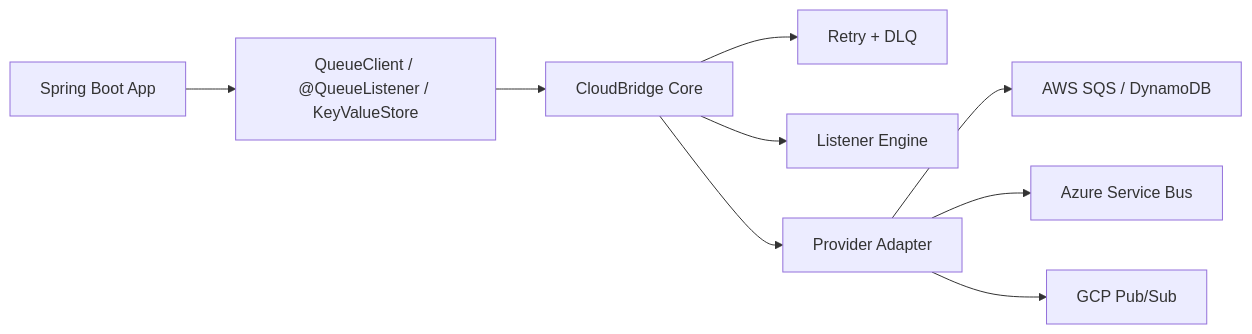
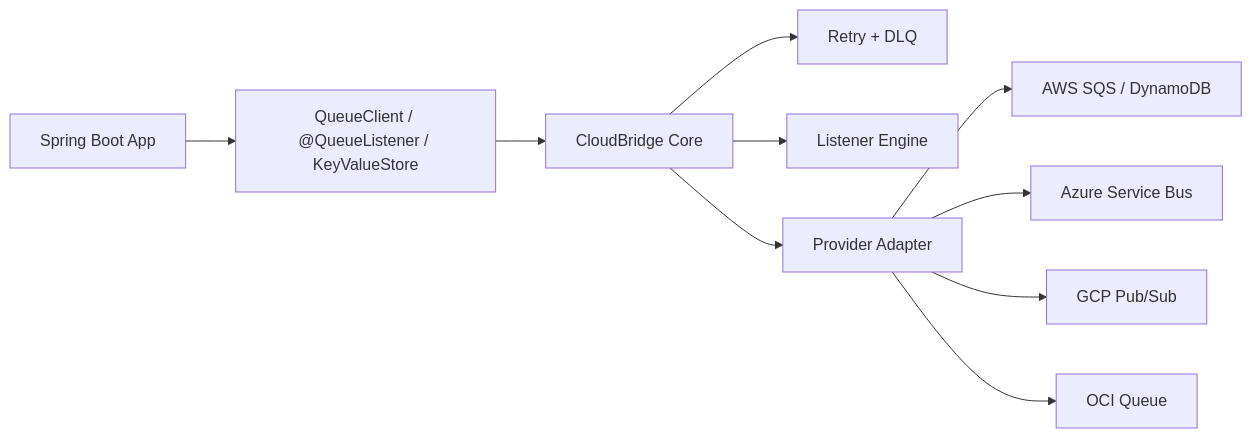
The diagram in README.md (ishubhamrathi/CloudBridge), drawn with Mermaid before and after one commit. The commit also changed other lines of this file and 10 other files, not shown here.

````diff
--- a/README.md
+++ b/README.md
@@ -82,11 +82,12 @@
 ```mermaid
 flowchart LR
   App[Spring Boot App] --> API[QueueClient / @QueueListener / KeyValueStore]
   API --> Core[CloudBridge Core]
   Core --> Retry[Retry + DLQ]
   Core --> Engine[Listener Engine]
   Core --> Adapter[Provider Adapter]
   Adapter --> AWS[AWS SQS / DynamoDB]
   Adapter --> AZ[Azure Service Bus]
   Adapter --> GCP[GCP Pub/Sub]
+  Adapter --> OCI[OCI Queue]
 ```
````
